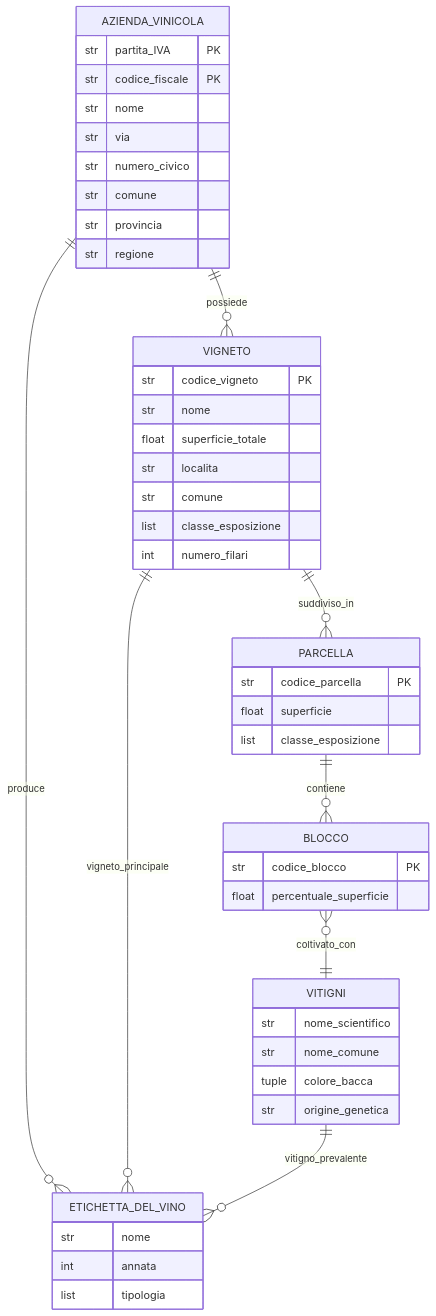
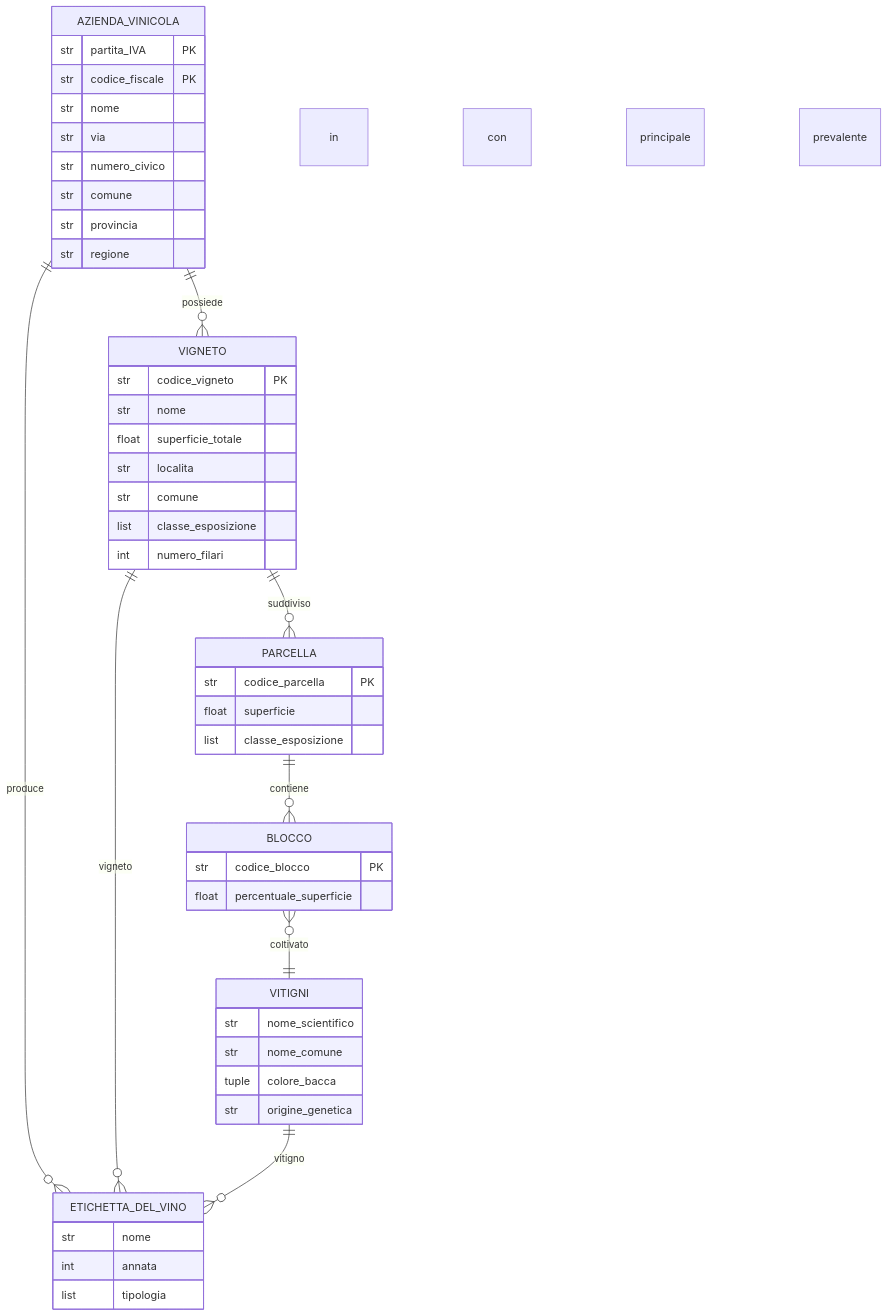
Before and after one commit to LucaPontellini/Homepage: the diagram in Computer_science/New_exercises_with_database/Mermaid/Pontellini_007.md, drawn with Mermaid.

````diff
--- a/Computer_science/New_exercises_with_database/Mermaid/Pontellini_007.md
+++ b/Computer_science/New_exercises_with_database/Mermaid/Pontellini_007.md
@@ -14,56 +14,56 @@
 ```mermaid
 
 erDiagram
     AZIENDA_VINICOLA {
       str partita_IVA PK
       str codice_fiscale PK
       str nome
       str via
       str numero_civico
       str comune
       str provincia
       str regione
     }
 
     VIGNETO {
       str codice_vigneto PK
       str nome
       float superficie_totale
       str localita
       str comune
       list classe_esposizione
       int numero_filari
     }
 
     PARCELLA {
       str codice_parcella PK
       float superficie
       list classe_esposizione
     }
 
     VITIGNI {
       str nome_scientifico
       str nome_comune
       tuple colore_bacca
       str origine_genetica
     }
 
     BLOCCO {
       str codice_blocco PK
       float percentuale_superficie
     }
 
     ETICHETTA_DEL_VINO {
       str nome
       int annata
       list tipologia
     }
 
     AZIENDA_VINICOLA ||--o{ VIGNETO : possiede
-    VIGNETO ||--o{ PARCELLA : suddiviso_in
+    VIGNETO ||--o{ PARCELLA : suddiviso in
     PARCELLA ||--o{ BLOCCO : contiene
-    BLOCCO }o--|| VITIGNI : coltivato_con
+    BLOCCO }o--|| VITIGNI : coltivato con
     AZIENDA_VINICOLA ||--o{ ETICHETTA_DEL_VINO : produce
-    VIGNETO ||--o{ ETICHETTA_DEL_VINO : vigneto_principale
-    VITIGNI ||--o{ ETICHETTA_DEL_VINO : vitigno_prevalente
+    VIGNETO ||--o{ ETICHETTA_DEL_VINO : vigneto principale
+    VITIGNI ||--o{ ETICHETTA_DEL_VINO : vitigno prevalente
 ```
````
